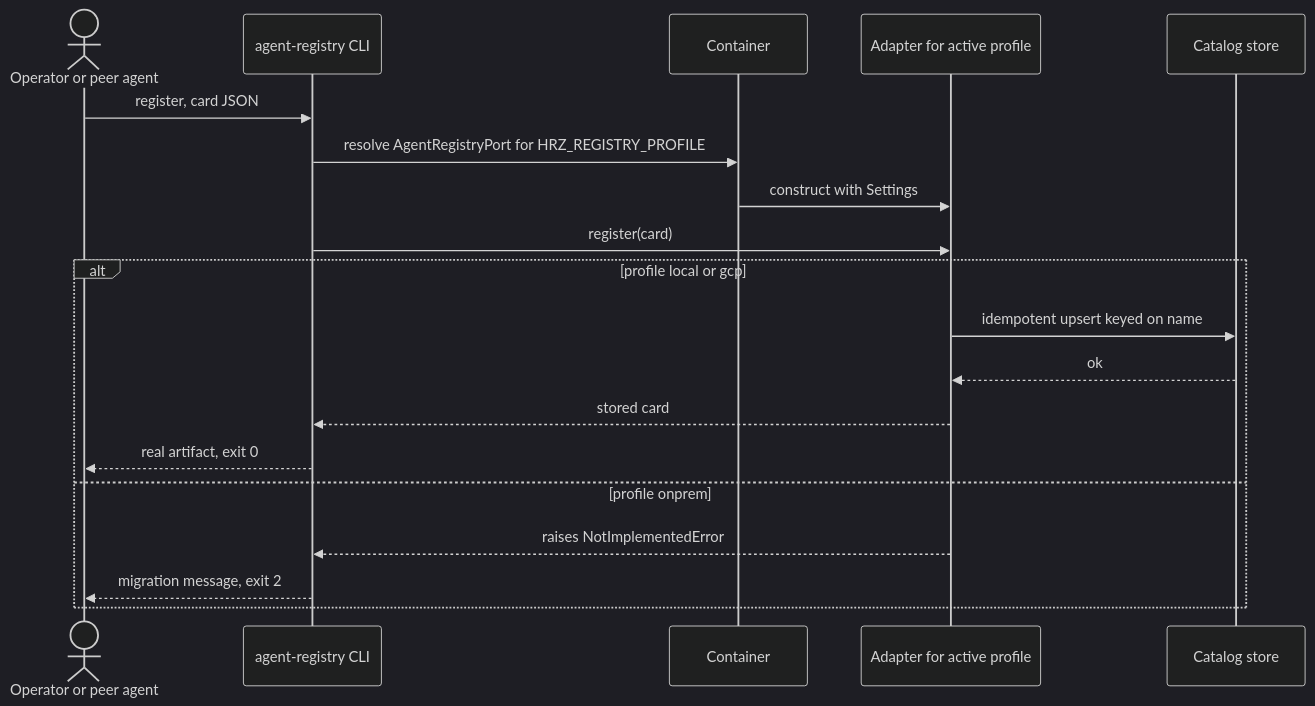
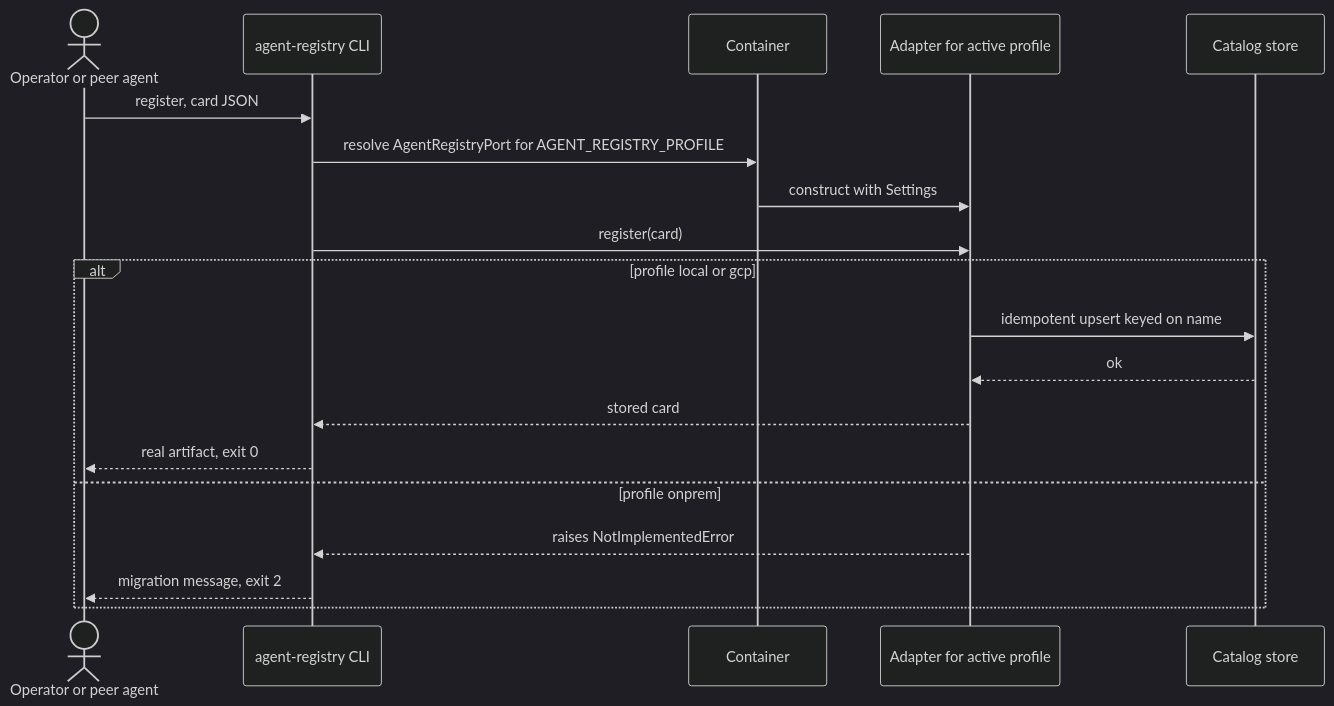
The second of 2 diagrams in ARCHITECTURE.md (portable-genai/agent-registry), drawn with Mermaid (dark theme) before and after one commit. The commit also changed other lines of this file and 35 other files, not shown here.

````diff
--- a/ARCHITECTURE.md
+++ b/ARCHITECTURE.md
@@ -73,22 +73,22 @@
 ```mermaid
 sequenceDiagram
   actor Op as Operator or peer agent
   participant CLI as agent-registry CLI
   participant C as Container
   participant A as Adapter for active profile
   participant S as Catalog store
 
   Op->>CLI: register, card JSON
-  CLI->>C: resolve AgentRegistryPort for HRZ_REGISTRY_PROFILE
+  CLI->>C: resolve AgentRegistryPort for AGENT_REGISTRY_PROFILE
   C->>A: construct with Settings
   CLI->>A: register(card)
   alt profile local or gcp
     A->>S: idempotent upsert keyed on name
     S-->>A: ok
     A-->>CLI: stored card
     CLI-->>Op: real artifact, exit 0
   else profile onprem
     A-->>CLI: raises NotImplementedError
     CLI-->>Op: migration message, exit 2
   end
 ```
````
